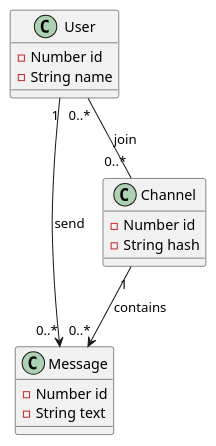
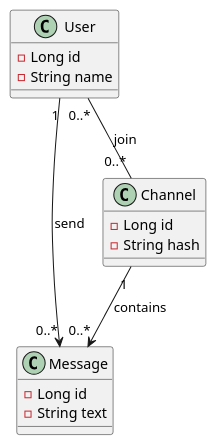
One commit to rodrigoprestesmachado/pw2 changed the diagram in docs/topicos/jpa/uml.puml. Above: the diagram before and after it, drawn with PlantUML. The commit also changed 25 other files, not shown here.

```diff
--- a/docs/topicos/jpa/uml.puml
+++ b/docs/topicos/jpa/uml.puml
@@ -1,22 +1,22 @@
 @startuml
 
 User "1" --> "0..*" Message : send
 User "0..*" -- "0..*" Channel : join
 Channel "1" --> "0..*" Message : contains
 
 class User {
- - Number id
+ - Long id
  - String name
 }
 
 class Channel {
- -Number id
+ - Long id
  - String hash
 }
 
 class Message {
- -Number id
+ - Long id
  - String text
 }
 
 @enduml
```
